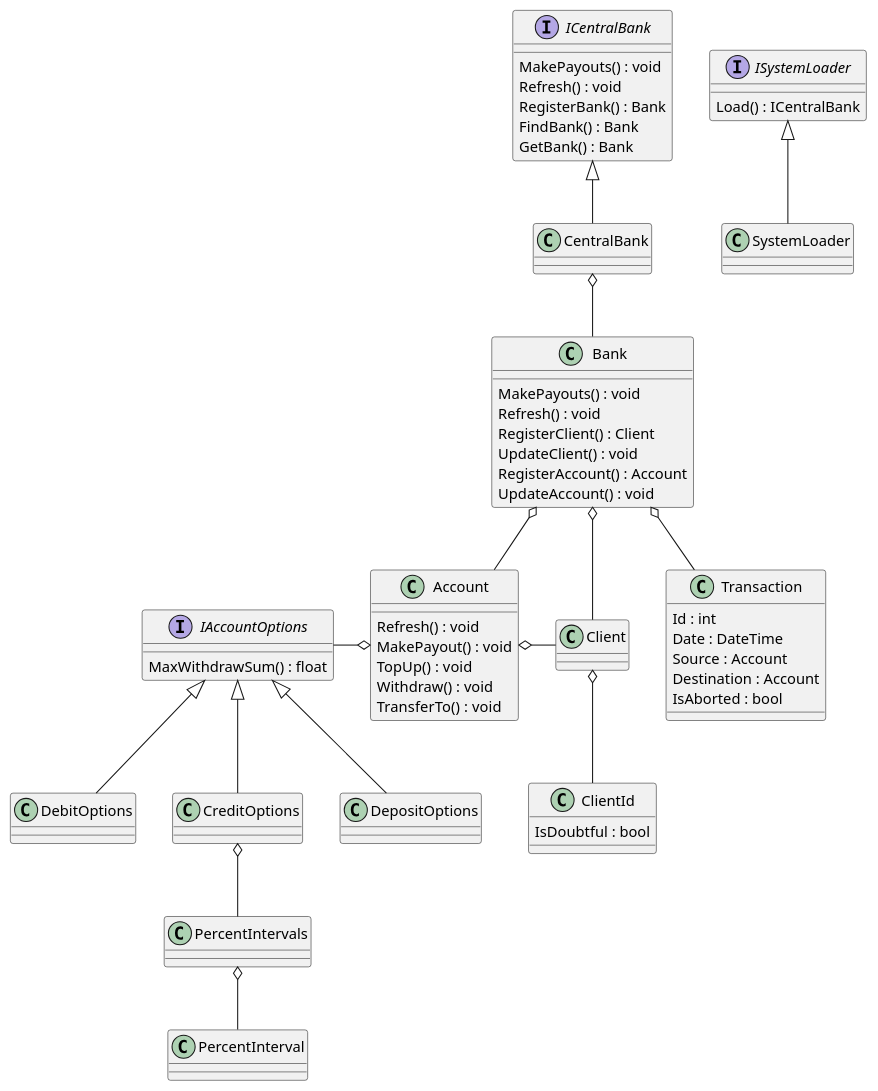
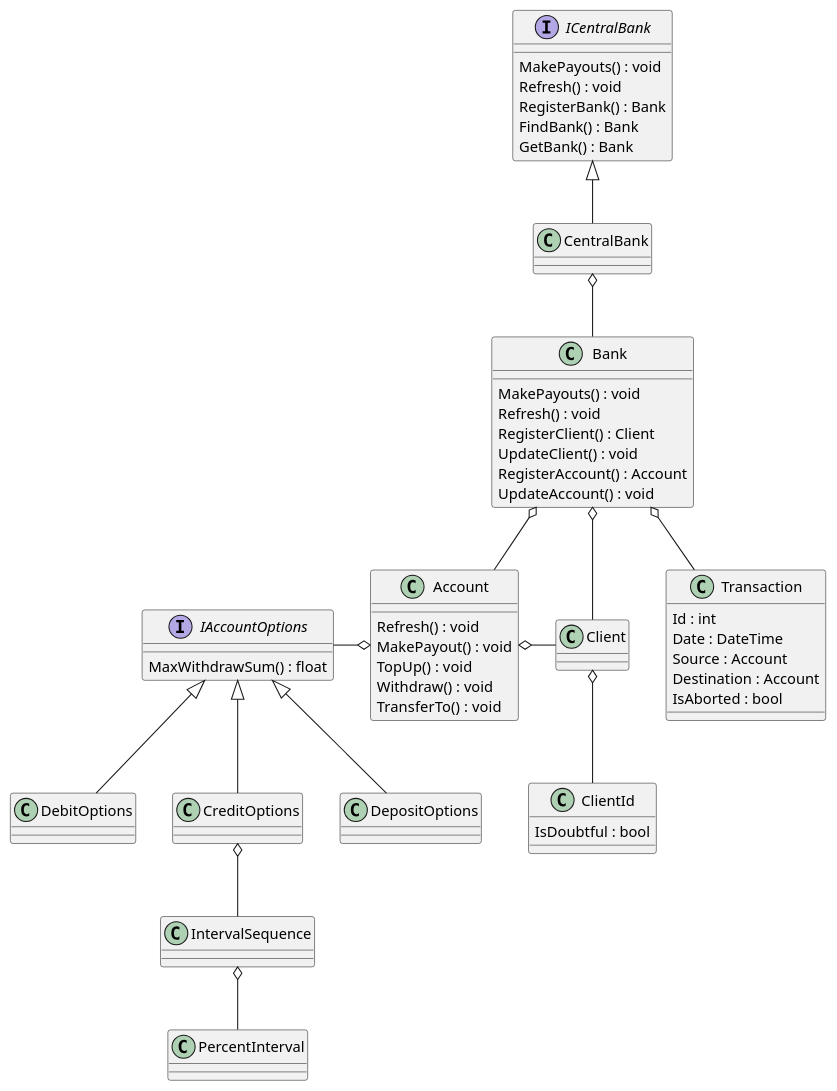
Before and after one commit to is-oop-y24/OOP-Labs: the diagram in Banks.BusinessLogic/BusinessLogic.puml, drawn with PlantUML. The commit also changed 6 other files, not shown here.

```diff
--- a/Banks.BusinessLogic/BusinessLogic.puml
+++ b/Banks.BusinessLogic/BusinessLogic.puml
@@ -1,64 +1,58 @@
 @startuml
 interface IAccountOptions {
  MaxWithdrawSum() : float
 }
 
 interface ICentralBank {
  MakePayouts() : void
  Refresh() : void
  RegisterBank() : Bank
  FindBank() : Bank
  GetBank() : Bank
-}
-
-interface ISystemLoader {
- Load() : ICentralBank
 }
 
 class Bank {
  MakePayouts() : void
  Refresh() : void
  RegisterClient() : Client
  UpdateClient() : void
  RegisterAccount() : Account
  UpdateAccount() : void
 }
 
 class Account {
  Refresh() : void
  MakePayout() : void
  TopUp() : void
  Withdraw() : void
  TransferTo() : void
 }
 
 class ClientId {
  IsDoubtful : bool
 }
 
 class Transaction {
  Id : int
  Date : DateTime
  Source : Account
  Destination : Account
  IsAborted : bool
 }
 
 IAccountOptions <|-- DebitOptions
 IAccountOptions <|-- CreditOptions
 IAccountOptions <|-- DepositOptions
 
-PercentIntervals o-- PercentInterval
-CreditOptions o-- PercentIntervals
+IntervalSequence o-- PercentInterval
+CreditOptions o-- IntervalSequence
 
 ICentralBank <|-- CentralBank
 CentralBank o-- Bank
 Bank o-- Client
 Bank o-- Account
 Bank o-- Transaction
 Account o-l- IAccountOptions
 Account o-r- Client
 Client o-- ClientId
-
-ISystemLoader <|-- SystemLoader
 @enduml
```
